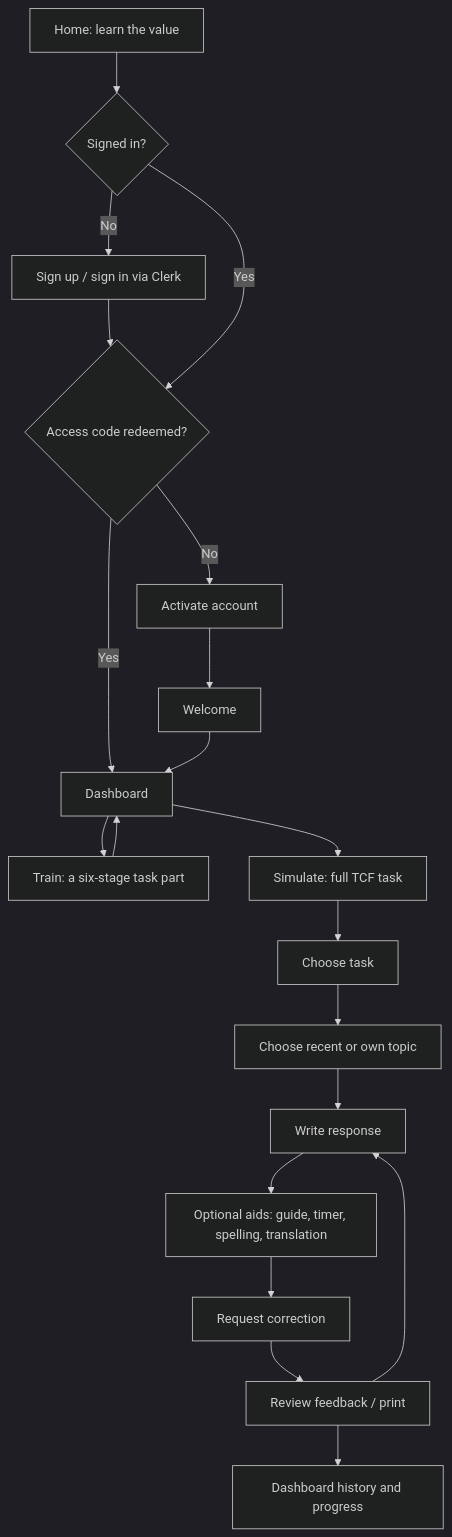
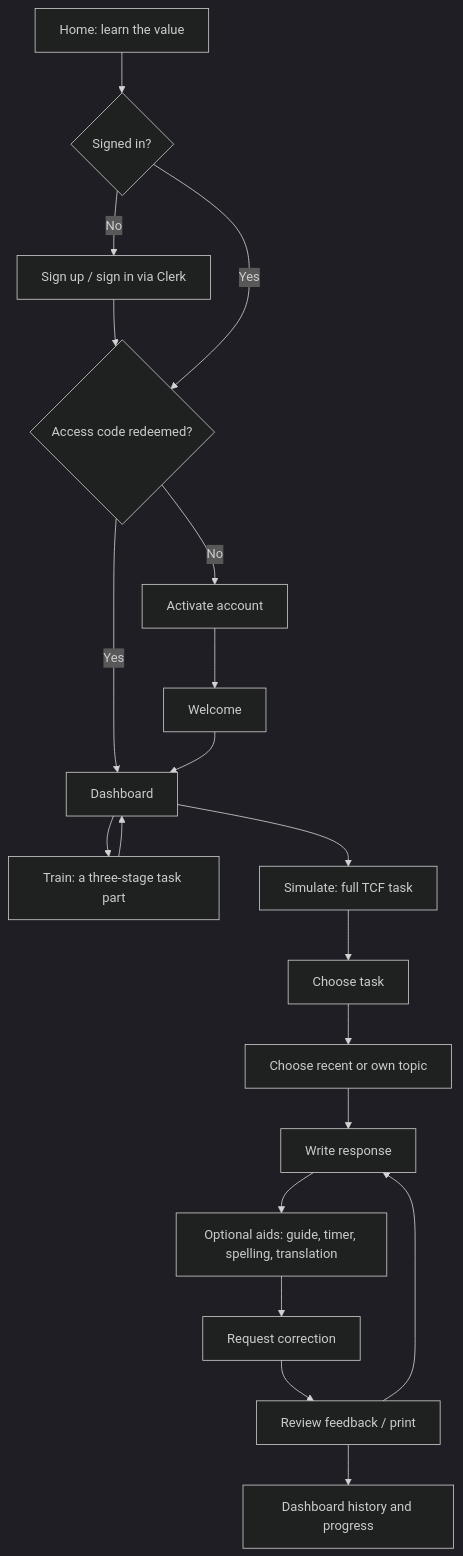
Before and after one commit to git-alves/TCFHelper: the first of 2 diagrams in docs/ux-audit.md, drawn with Mermaid (dark theme). The commit also changed other lines of this file and 1 other file, not shown here.

Commit message:
Update remaining six-stage references to three-stage

````diff
--- a/docs/ux-audit.md
+++ b/docs/ux-audit.md
@@ -35,22 +35,22 @@
 ```mermaid
 flowchart TD
   A[Home: learn the value] --> B{Signed in?}
   B -- No --> C[Sign up / sign in via Clerk]
   C --> D{Access code redeemed?}
   B -- Yes --> D
   D -- No --> E[Activate account]
   E --> F[Welcome]
   D -- Yes --> G[Dashboard]
   F --> G
-  G --> H[Train: a six-stage task part]
+  G --> H[Train: a three-stage task part]
   G --> I[Simulate: full TCF task]
   H --> G
   I --> J[Choose task]
   J --> K[Choose recent or own topic]
   K --> L[Write response]
   L --> M[Optional aids: guide, timer, spelling, translation]
   M --> N[Request correction]
   N --> O[Review feedback / print]
   O --> L
   O --> P[Dashboard history and progress]
 ```
````
